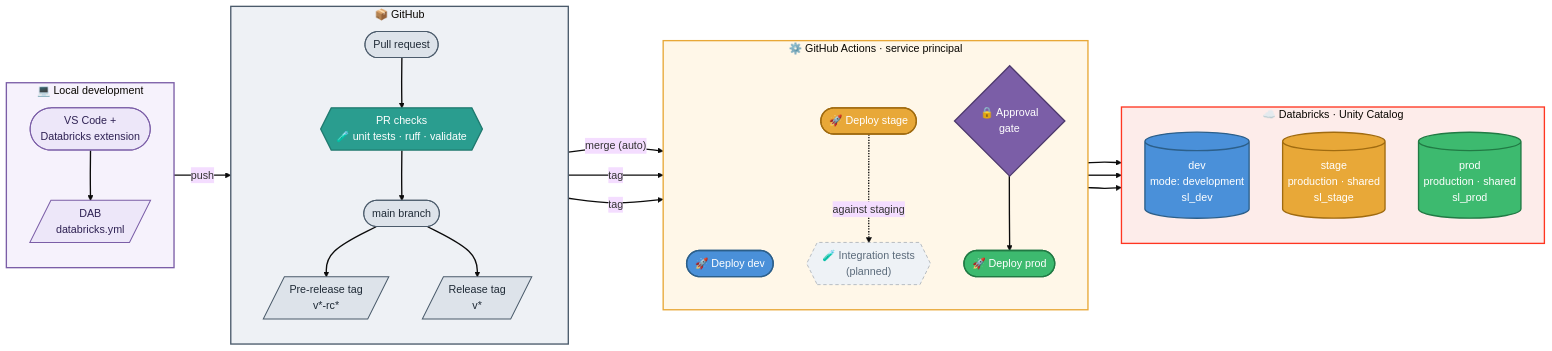
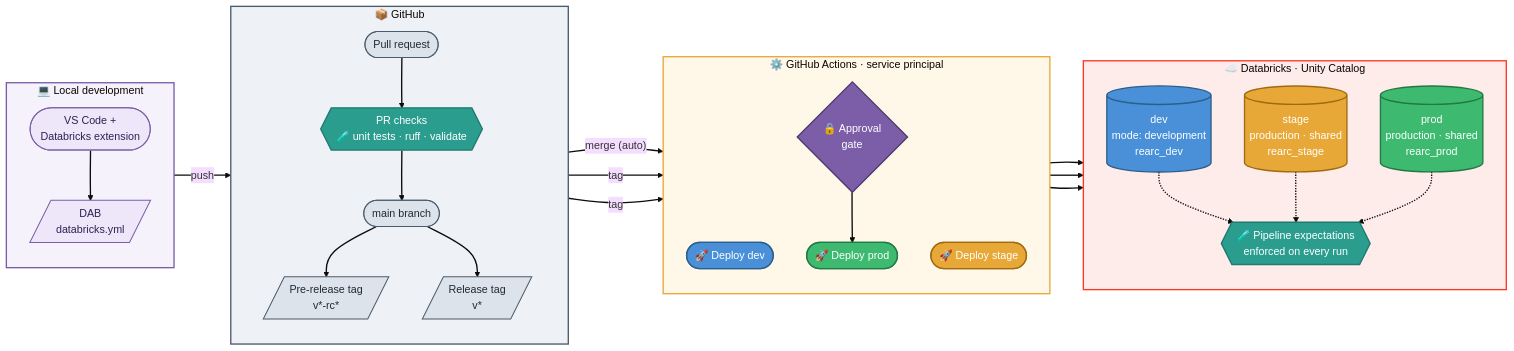
The second of 3 diagrams in README.md (schmucas/rearc_data_quest), drawn with Mermaid (base theme) before and after one commit. The commit also changed other lines of this file and 11 other files, not shown here.

````diff
--- a/README.md
+++ b/README.md
@@ -219,68 +224,69 @@
 ```mermaid
 flowchart LR
     subgraph local["💻 Local development"]
         direction TB
         IDE(["VS Code +<br/>Databricks extension"])
         BUNDLE[/"DAB<br/>databricks.yml"/]
         IDE ==> BUNDLE
     end
 
     subgraph gh["📦 GitHub"]
         direction TB
         PR(["Pull request"])
         CHECK{{"PR checks<br/>🧪 unit tests · ruff · validate"}}
         MAIN(["main branch"])
         RC[/"Pre-release tag<br/>v*-rc*"/]
         REL[/"Release tag<br/>v*"/]
         PR ==> CHECK ==> MAIN
         MAIN --> RC
         MAIN --> REL
     end
 
     subgraph act["⚙️ GitHub Actions · service principal"]
         direction TB
         DDEV(["🚀 Deploy dev"])
         DSTG(["🚀 Deploy stage"])
-        ITEST{{"🧪 Integration tests<br/>(planned)"}}
         GATE{"🔒 Approval<br/>gate"}
         DPRD(["🚀 Deploy prod"])
     end
 
     subgraph dbx["☁️ Databricks · Unity Catalog"]
         direction TB
-        DEV[("dev<br/>mode: development<br/>sl_dev")]
-        STG[("stage<br/>production · shared<br/>sl_stage")]
-        PRD[("prod<br/>production · shared<br/>sl_prod")]
+        DEV[("dev<br/>mode: development<br/>rearc_dev")]
+        STG[("stage<br/>production · shared<br/>rearc_stage")]
+        PRD[("prod<br/>production · shared<br/>rearc_prod")]
+        EXPECT{{"🧪 Pipeline expectations<br/>enforced on every run"}}
     end
 
     BUNDLE ==>|"push"| PR
     MAIN ==>|"merge (auto)"| DDEV ==> DEV
     RC ==>|"tag"| DSTG ==> STG
-    DSTG -.->|"against staging"| ITEST
     REL ==>|"tag"| GATE ==> DPRD ==> PRD
+    DEV -.-> EXPECT
+    STG -.-> EXPECT
+    PRD -.-> EXPECT
 
     classDef loc fill:#ede7f9,stroke:#7b5ea7,color:#2e2153,stroke-width:1.5px
     classDef vcs   fill:#dde3ea,stroke:#4b5b6b,color:#1f2a36,stroke-width:1.5px
     classDef check fill:#2a9d8f,stroke:#1f7a6f,color:#fff,stroke-width:2px
     classDef gate  fill:#7b5ea7,stroke:#4e3a6e,color:#fff,stroke-width:2px
     classDef dev   fill:#4a90d9,stroke:#2c5f8a,color:#fff,stroke-width:2px
     classDef stage fill:#e8a838,stroke:#a06b10,color:#fff,stroke-width:2px
     classDef prod  fill:#3dba6f,stroke:#217a44,color:#fff,stroke-width:2px
-    classDef plan  fill:#eef2f6,stroke:#9aa3ad,color:#5b6b7b,stroke-dasharray:5 4
 
     class IDE,BUNDLE loc
     class PR,MAIN,RC,REL vcs
     class CHECK check
     class GATE gate
     class DDEV,DEV dev
     class DSTG,STG stage
     class DPRD,PRD prod
-    class ITEST plan
+    class EXPECT check
 
     style local fill:#f6f2fc,stroke:#7b5ea7,stroke-width:2px
     style gh    fill:#eef1f5,stroke:#4b5b6b,stroke-width:2px
     style act   fill:#fff7e8,stroke:#e8a838,stroke-width:2px
     style dbx   fill:#fdecea,stroke:#FF3621,stroke-width:2px
 
     linkStyle default stroke-width:2px
 ```
````
